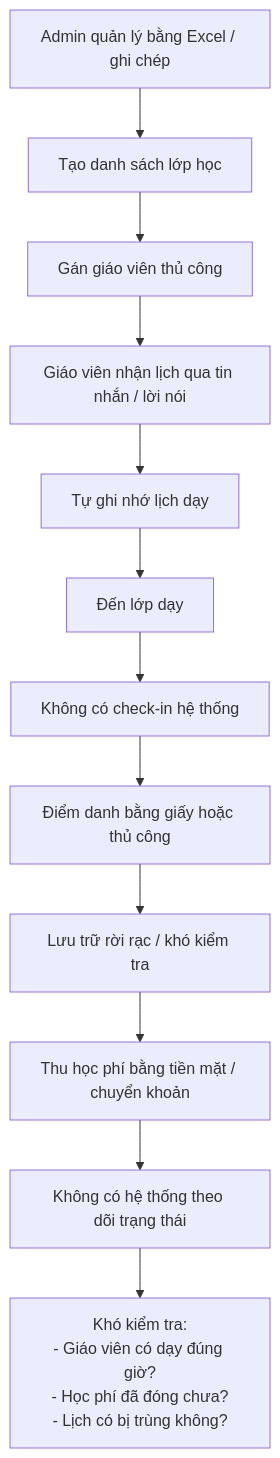
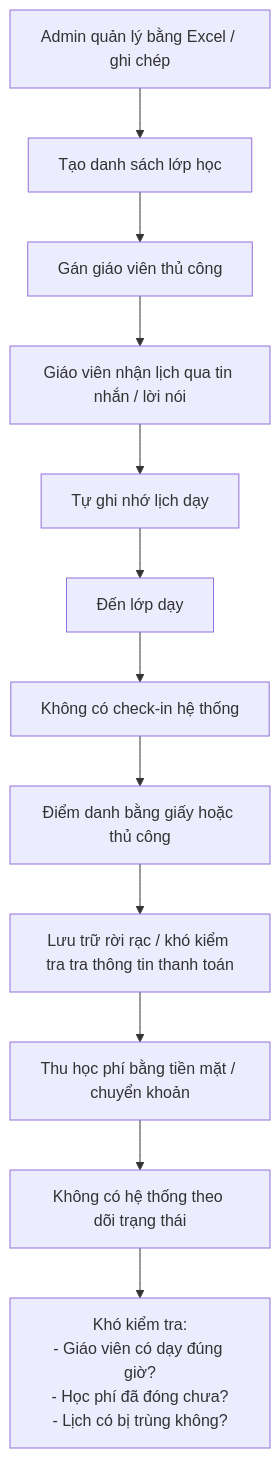
The first of 2 diagrams in docx/BRD.md (nguyenkhanhpro/tutoro), drawn with Mermaid before and after one commit. The commit also changed other lines of this file, not shown here.

````diff
--- a/docx/BRD.md
+++ b/docx/BRD.md
@@ -97,14 +98,14 @@
 ```mermaid
 flowchart TD
     A["Admin quản lý bằng Excel / ghi chép"] --> B["Tạo danh sách lớp học"]
     B --> C["Gán giáo viên thủ công"]
     C --> D["Giáo viên nhận lịch qua tin nhắn / lời nói"]
     D --> E["Tự ghi nhớ lịch dạy"]
     E --> F["Đến lớp dạy"]
     F --> G["Không có check-in hệ thống"]
     G --> H["Điểm danh bằng giấy hoặc thủ công"]
-    H --> I["Lưu trữ rời rạc / khó kiểm tra"]
+    H --> I["Lưu trữ rời rạc / khó kiểm tra tra thông tin thanh toán"]
     I --> J["Thu học phí bằng tiền mặt / chuyển khoản"]
     J --> K["Không có hệ thống theo dõi trạng thái"]
     K --> L["Khó kiểm tra:\n- Giáo viên có dạy đúng giờ?\n- Học phí đã đóng chưa?\n- Lịch có bị trùng không?"]
 ```
````
